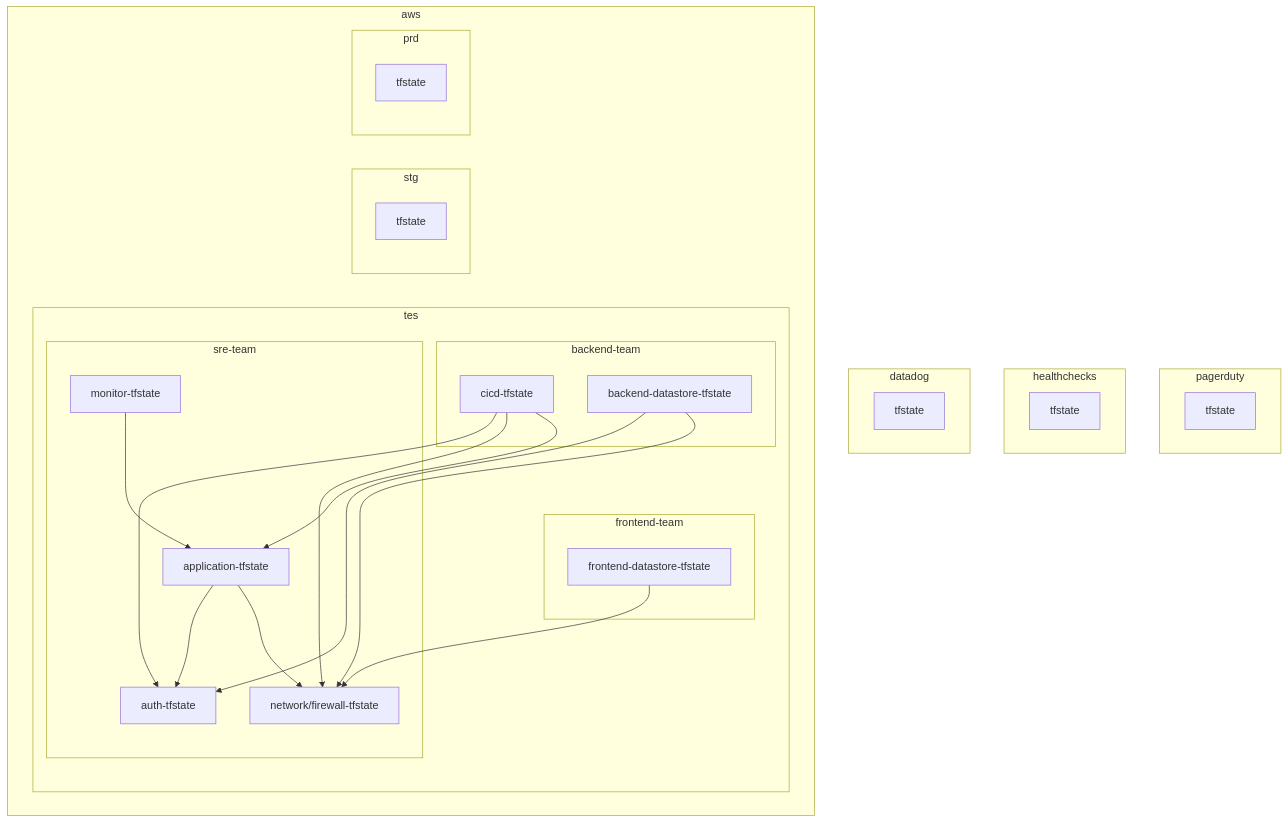
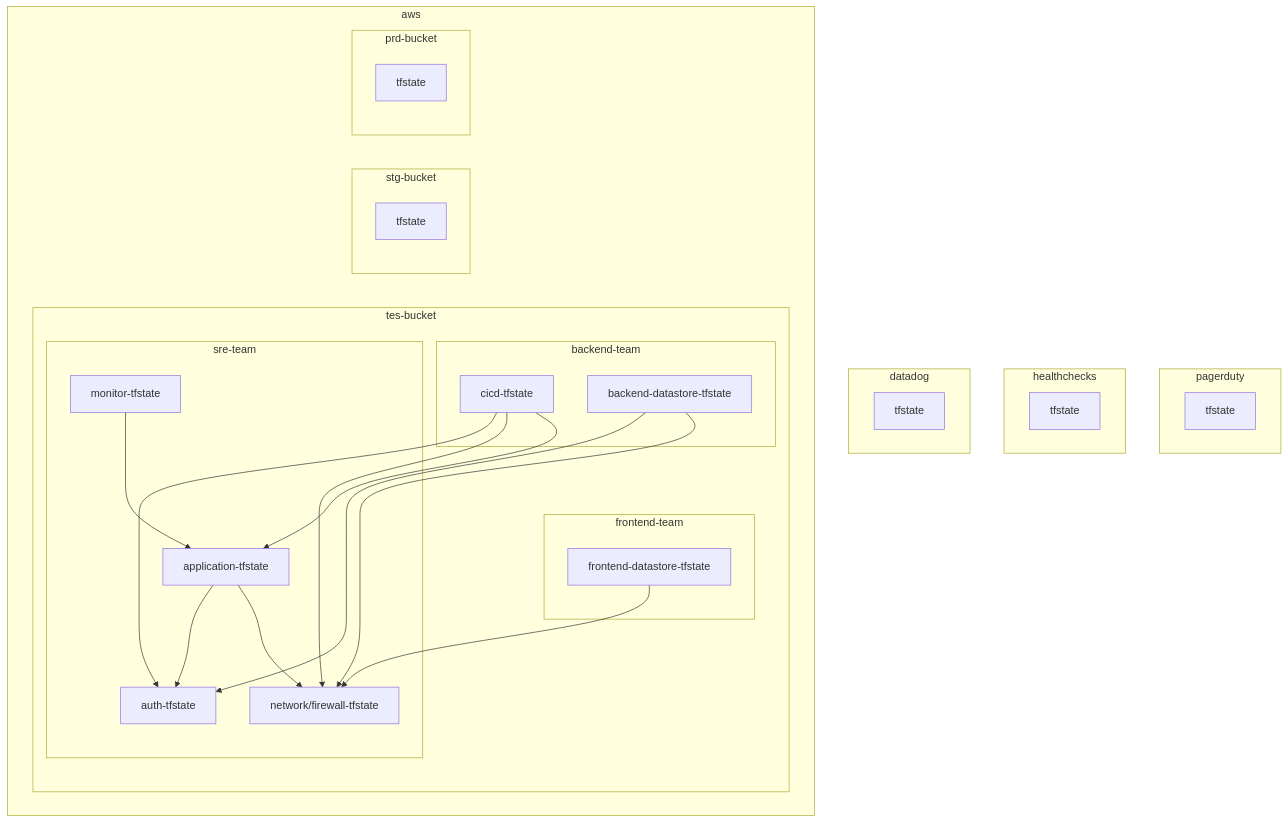
One commit to hiroki-it/tech-notebook changed the seventh of 7 diagrams in docs/infrastructure_as_code/infrastructure_as_code_terraform_policy_tfstate.md. Above: the diagram before and after it, drawn with Mermaid. The commit also changed other lines of this file and 2 other files, not shown here.

````diff
--- a/docs/infrastructure_as_code/infrastructure_as_code_terraform_policy_tfstate.md
+++ b/docs/infrastructure_as_code/infrastructure_as_code_terraform_policy_tfstate.md
@@ -1023,45 +1020,45 @@
 ```mermaid
 graph TB
     subgraph pagerduty
-    Pagerduty[tfstate]
+        Pagerduty[tfstate]
     end
     subgraph healthchecks
-    Healthchecks[tfstate]
+        Healthchecks[tfstate]
     end
     subgraph datadog
-    Datadog[tfstate]
+        Datadog[tfstate]
     end
     subgraph aws
-    subgraph tes
-    subgraph frontend-team
-    Frontdatastore[frontend-datastore-tfstate]
-    end
-    subgraph backend-team
-    Cicd[cicd-tfstate]
-    Backenddatastore[backend-datastore-tfstate]
+        subgraph tes-bucket
+            subgraph frontend-team
+                Frontdatastore[frontend-datastore-tfstate]
+            end
+        subgraph backend-team
+        Cicd[cicd-tfstate]
+        Backenddatastore[backend-datastore-tfstate]
     end
     Cicd[cicd-tfstate]-->Application
     Cicd[cicd-tfstate]-->Network-firewall
     Cicd[cicd-tfstate]-->Auth
     Frontdatastore[frontend-datastore-tfstate]-->Network-firewall
     Backenddatastore[backend-datastore-tfstate]-->Network-firewall
     Backenddatastore[backend-datastore-tfstate]-->Auth
     subgraph sre-team
-    Application[application-tfstate]
-    Auth[auth-tfstate]
-    Monitor[monitor-tfstate]
-    Network-firewall[network/firewall-tfstate]
+        Application[application-tfstate]
+        Auth[auth-tfstate]
+        Monitor[monitor-tfstate]
+        Network-firewall[network/firewall-tfstate]
     end
     Application[application-tfstate]-->Network-firewall
     Application[application-tfstate]-->Auth
     Monitor[monitor-tfstate]-->Application
     Auth[auth-tfstate]
     end
-    subgraph stg
-    Stgtfstate[tfstate]
+    subgraph stg-bucket
+        Stgtfstate[tfstate]
     end
-    subgraph prd
-    Prdtfstate[tfstate]
+    subgraph prd-bucket
+        Prdtfstate[tfstate]
     end
     end
 ```
````
